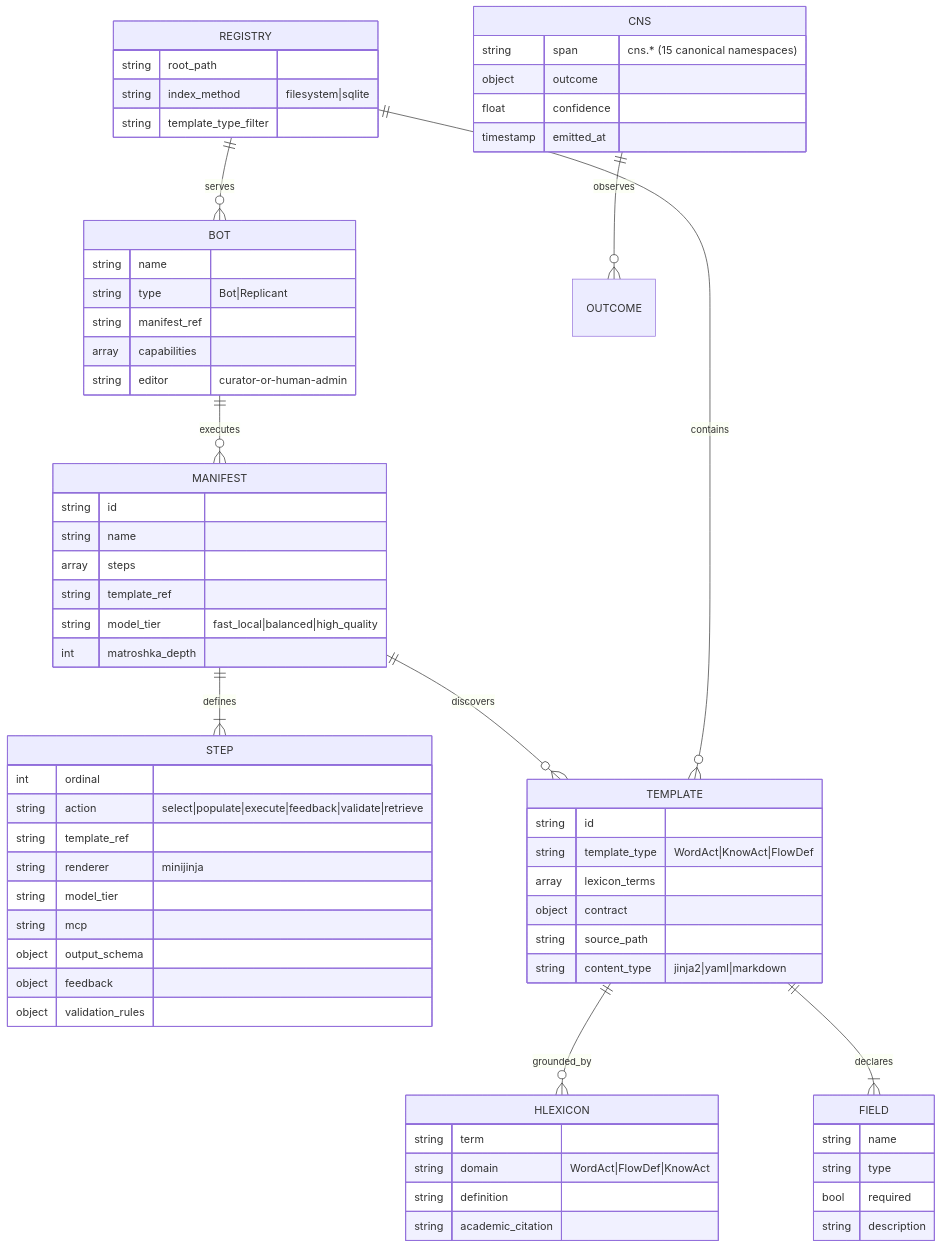
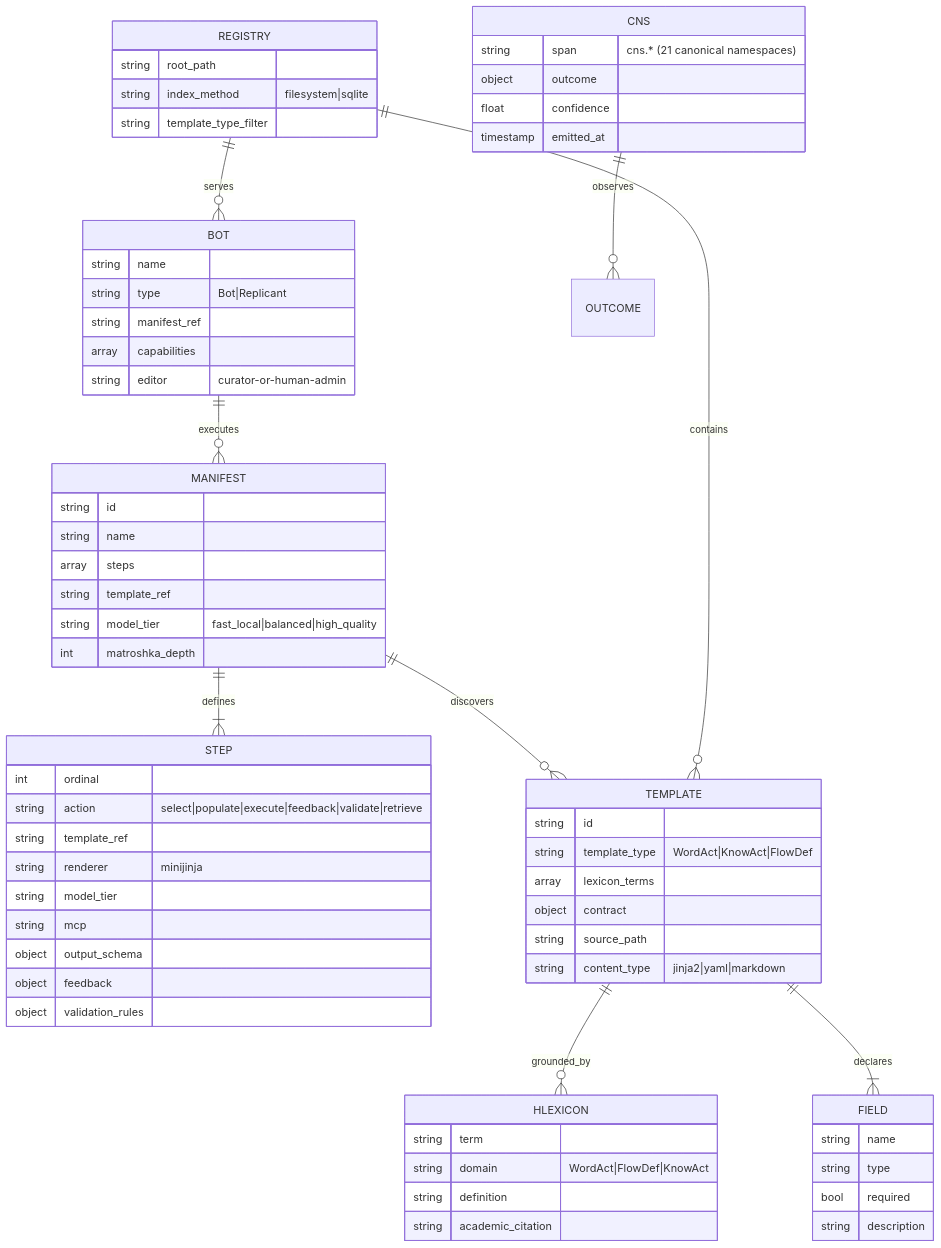
The first of 6 diagrams in docs/architecture/reference/hKask-erd.md (mdz-axo/hKask), drawn with Mermaid before and after one commit. The commit also changed other lines of this file and 107 other files, not shown here.

````diff
--- a/docs/architecture/reference/hKask-erd.md
+++ b/docs/architecture/reference/hKask-erd.md
@@ -38,76 +38,76 @@
 ```mermaid
 erDiagram
     BOT ||--o{ MANIFEST : executes
     MANIFEST ||--|{ STEP : defines
     MANIFEST ||--o{ TEMPLATE : discovers
     TEMPLATE ||--o{ HLEXICON : grounded_by
     TEMPLATE ||--|{ FIELD : declares
     REGISTRY ||--o{ TEMPLATE : contains
     CNS ||--o{ OUTCOME : observes
     REGISTRY ||--o{ BOT : serves
     
     BOT {
         string name
         string type "Bot|Replicant"
         string manifest_ref
         array capabilities
         string editor "curator-or-human-admin"
     }
     
     MANIFEST {
         string id
         string name
         array steps
         string template_ref
         string model_tier "fast_local|balanced|high_quality"
         int matroshka_depth
     }
     
     STEP {
         int ordinal
         string action "select|populate|execute|feedback|validate|retrieve"
         string template_ref
         string renderer "minijinja"
         string model_tier
         string mcp
         object output_schema
         object feedback
         object validation_rules
     }
     
     TEMPLATE {
         string id
         string template_type "WordAct|KnowAct|FlowDef"
         array lexicon_terms
         object contract
         string source_path
         string content_type "jinja2|yaml|markdown"
     }
     
     FIELD {
         string name
         string type
         bool required
         string description
     }
     
     HLEXICON {
         string term
         string domain "WordAct|FlowDef|KnowAct"
         string definition
         string academic_citation
     }
     
     REGISTRY {
         string root_path
         string index_method "filesystem|sqlite"
         string template_type_filter
     }
     
     CNS {
-        string span "cns.* (15 canonical namespaces)"
+        string span "cns.* (21 canonical namespaces)"
         object outcome
         float confidence
         timestamp emitted_at
     }
 ```
````
